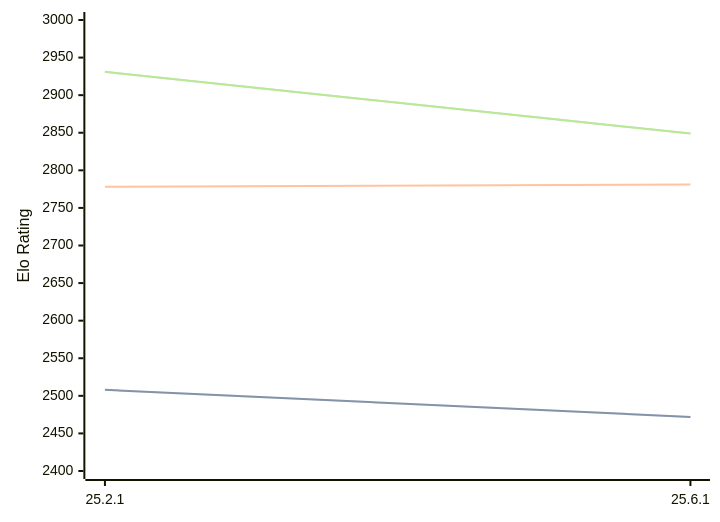
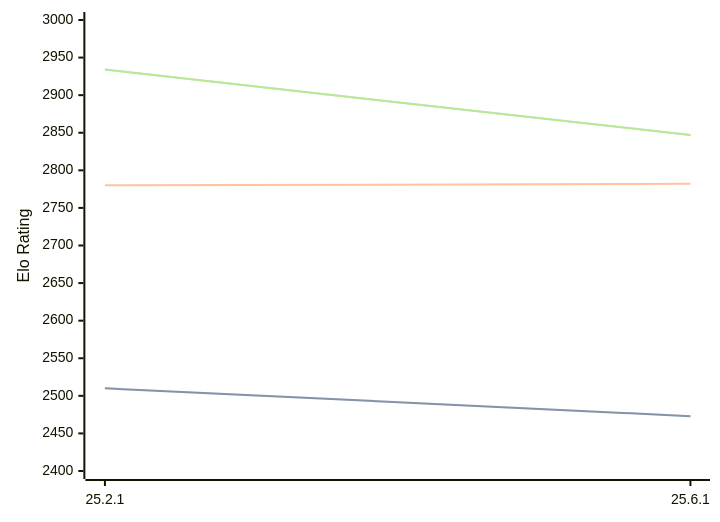
The diagram in engines/Crafty.md (computer-chess-index/cci), drawn with Mermaid before and after one commit. The commit also changed other lines of this file, not shown here.

Commit message:
Update CCI Ratings (ELO VLTC) - 2026-09-01

````diff
--- a/engines/Crafty.md
+++ b/engines/Crafty.md
@@ -32,11 +32,11 @@
 ```mermaid
 %%{init: {"theme":"base","themeVariables":{"seriesColors:['#a3a3a3','#222221','#faa371']}}}%%
 xychart-beta
   x-axis ["25.2.1", "25.6.1"]
   y-axis "Elo Rating" 2400 --> 3000
-  line "" [2508, 2472]
-  line "STC (8.0+0.08s)" [2508, 2472]
-  line "LTC (60.0+0.60s)" [2778, 2781]
-  line "" [2931, 2849]
-  line "VLTC (2m24s+1.12s)" [2931, 2849]
+  line "" [2510, 2473]
+  line "STC (8.0+0.08s)" [2510, 2473]
+  line "LTC (60.0+0.60s)" [2780, 2782]
+  line "" [2934, 2847]
+  line "VLTC (2m24s+1.12s)" [2934, 2847]
 ```
````
